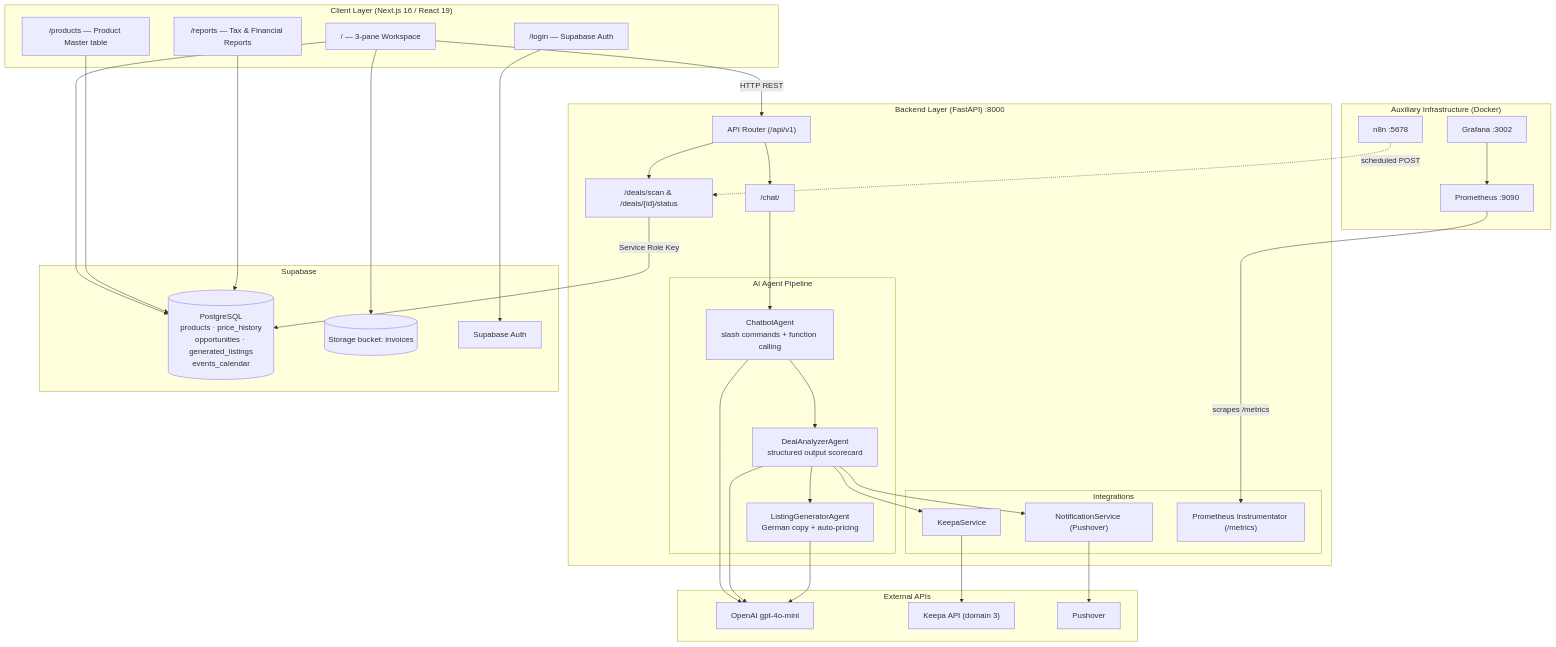
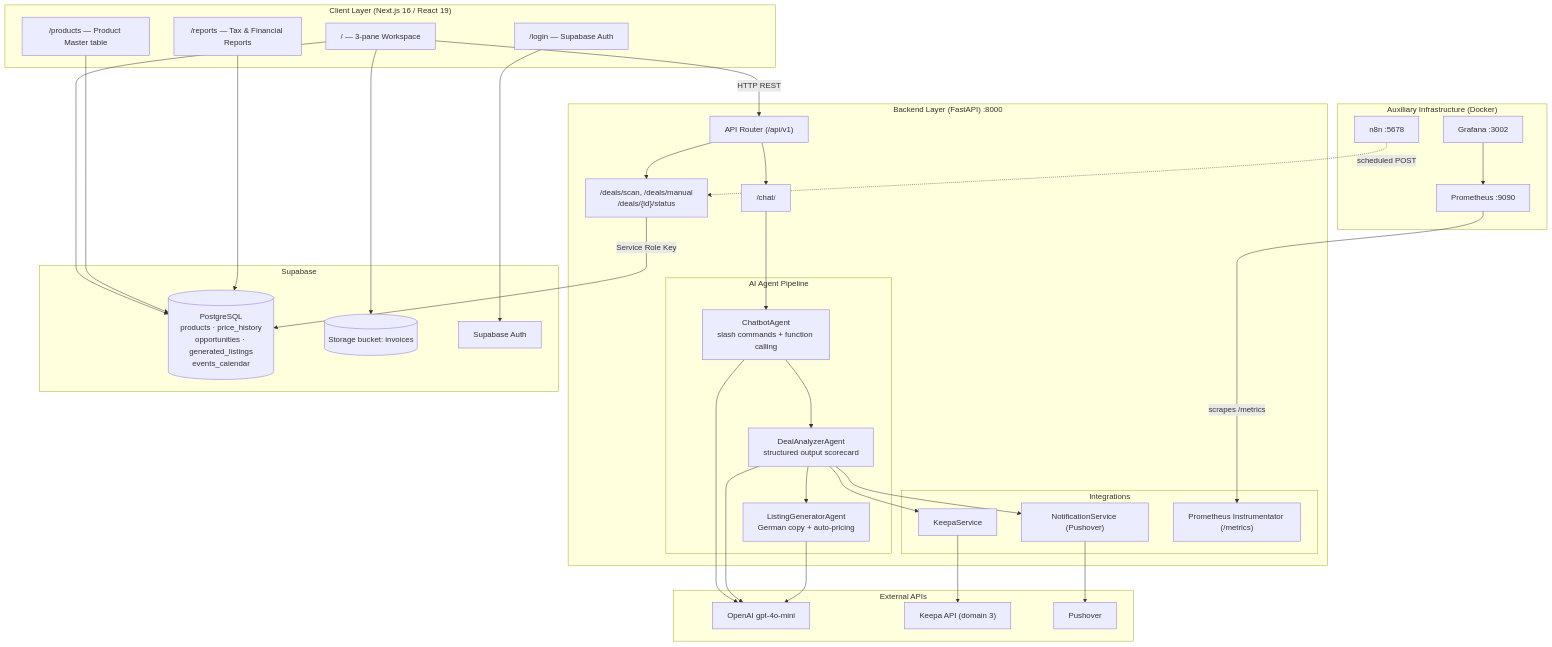
Before and after one commit to ridvanyigit/vindera-workspace: the second of 4 diagrams in TECH-DOKUMENTATION.md, drawn with Mermaid. The commit also changed other lines of this file and 6 other files, not shown here.

````diff
--- a/TECH-DOKUMENTATION.md
+++ b/TECH-DOKUMENTATION.md
@@ -65,71 +65,71 @@
 ```mermaid
 graph TB
     subgraph Client ["Client Layer (Next.js 16 / React 19)"]
         LOGIN["/login — Supabase Auth"]
         DASH["/ — 3-pane Workspace"]
         PROD["/products — Product Master table"]
         REP["/reports — Tax & Financial Reports"]
     end
 
     subgraph BackendApp ["Backend Layer (FastAPI) :8000"]
         API_ROUTER["API Router (/api/v1)"]
         CHAT_EP["/chat/"]
-        DEALS_EP["/deals/scan & /deals/{id}/status"]
+        DEALS_EP["/deals/scan, /deals/manual<br/>/deals/{id}/status"]
 
         subgraph Agents ["AI Agent Pipeline"]
             CHATBOT_AGENT["ChatbotAgent<br/>slash commands + function calling"]
             DEAL_AGENT["DealAnalyzerAgent<br/>structured output scorecard"]
             LISTING_AGENT["ListingGeneratorAgent<br/>German copy + auto-pricing"]
         end
 
         subgraph Services ["Integrations"]
             KEEPA_SVC["KeepaService"]
             NOTIF_SVC["NotificationService (Pushover)"]
             PROM_INST["Prometheus Instrumentator (/metrics)"]
         end
     end
 
     subgraph DataLayer ["Supabase"]
         SUPABASE[("PostgreSQL<br/>products · price_history<br/>opportunities · generated_listings<br/>events_calendar")]
         STORAGE[("Storage bucket: invoices")]
         AUTH["Supabase Auth"]
     end
 
     subgraph ExternalServices ["External APIs"]
         OPENAI_API["OpenAI gpt-4o-mini"]
         KEEPA_API["Keepa API (domain 3)"]
         PUSHOVER_API["Pushover"]
     end
 
     subgraph Infra ["Auxiliary Infrastructure (Docker)"]
         N8N["n8n :5678"]
         PROM["Prometheus :9090"]
         GRAFANA["Grafana :3002"]
     end
 
     LOGIN --> AUTH
     DASH --> SUPABASE
     DASH --> STORAGE
     PROD --> SUPABASE
     REP --> SUPABASE
     DASH -- HTTP REST --> API_ROUTER
 
     API_ROUTER --> CHAT_EP
     API_ROUTER --> DEALS_EP
     CHAT_EP --> CHATBOT_AGENT
     CHATBOT_AGENT --> DEAL_AGENT
     DEAL_AGENT --> LISTING_AGENT
 
     CHATBOT_AGENT --> OPENAI_API
     DEAL_AGENT --> OPENAI_API
     LISTING_AGENT --> OPENAI_API
     DEAL_AGENT --> KEEPA_SVC
     KEEPA_SVC --> KEEPA_API
     DEAL_AGENT --> NOTIF_SVC
     NOTIF_SVC --> PUSHOVER_API
     DEALS_EP -- Service Role Key --> SUPABASE
 
     N8N -. scheduled POST .-> DEALS_EP
     PROM -- scrapes /metrics --> PROM_INST
     GRAFANA --> PROM
 ```
````
